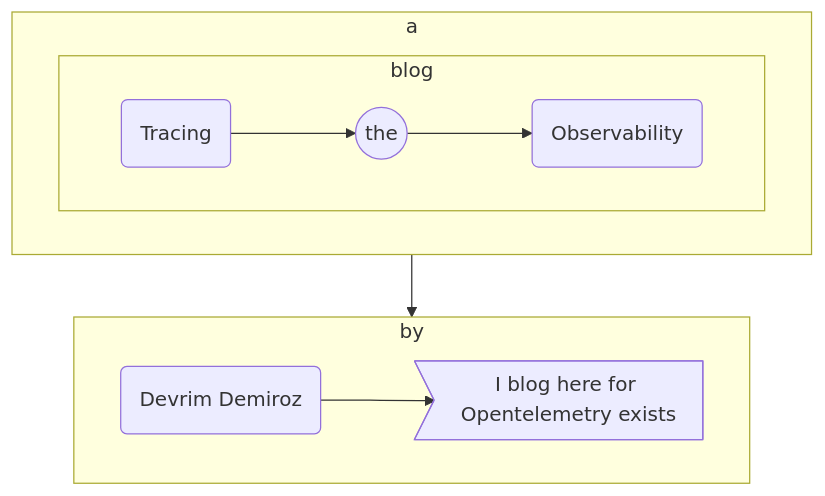
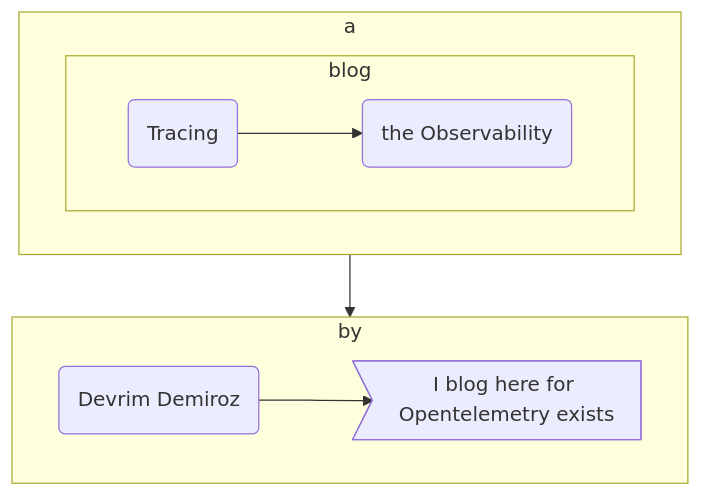
Before and after one commit to devrimdemiroz/devrimdemiroz.github.io: the diagram in docs/README.md, drawn with Mermaid.

````diff
--- a/docs/README.md
+++ b/docs/README.md
@@ -3,27 +3,26 @@
 ```mermaid
 flowchart TD
     subgraph by
             DD(Devrim Demiroz)
             DD-->Descartes>I blog here for Opentelemetry exists]
         end
     subgraph a
         direction LR
         
         subgraph blog
          direction LR
             Tracing(Tracing)
-            Tracing --> the((the))
-            the --> F(Observability)
+            Tracing --> the(the Observability)
         end
         
         
     end
 
     
     
     blog --> by        
     
         
 
   
 ```
````
